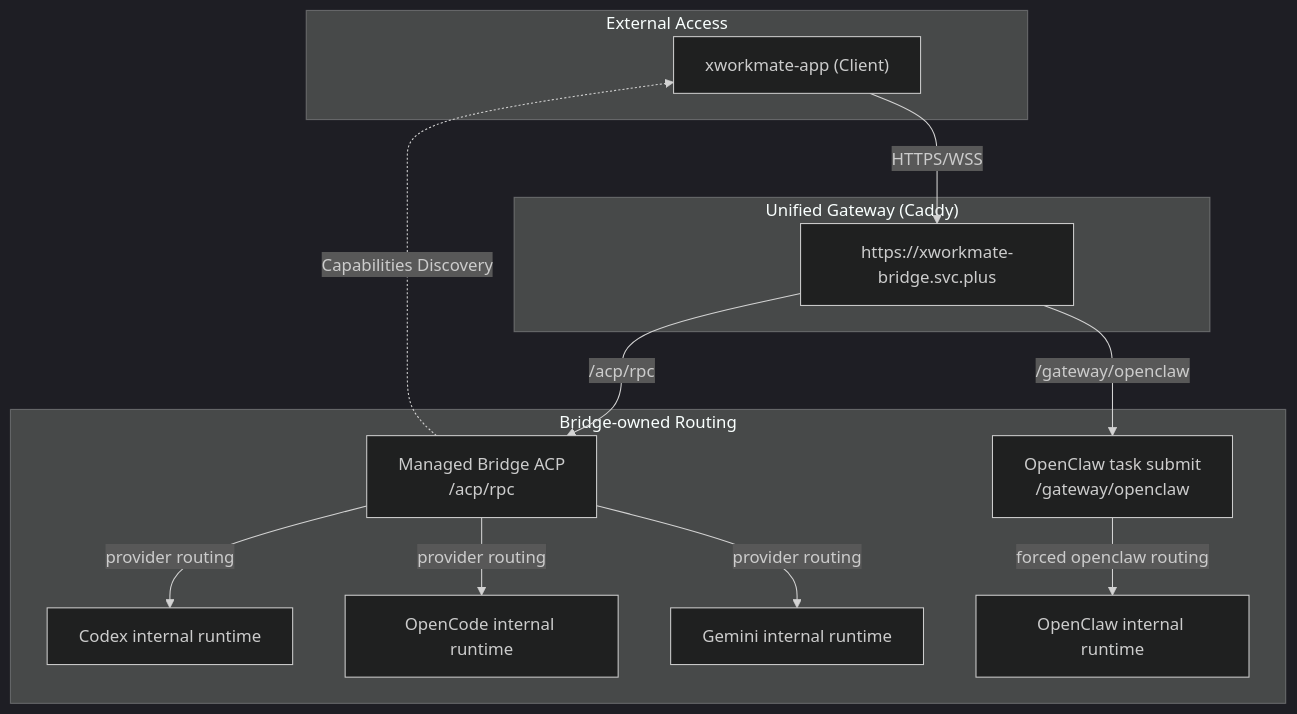
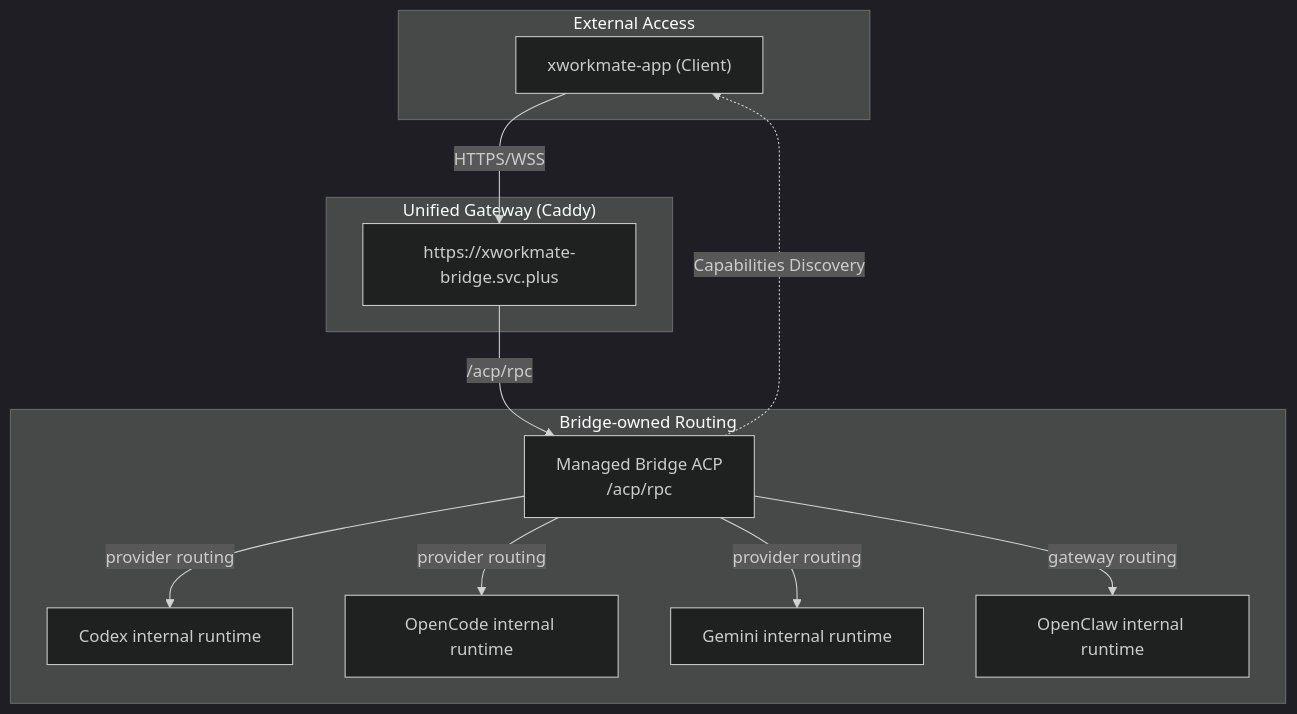
The diagram in docs/architecture/unified-routing-architecture.md (ai-workspace-lab/xworkmate-app), drawn with Mermaid (dark theme) before and after one commit. The commit also changed other lines of this file and 9 other files, not shown here.

Commit message:
Remove OpenClaw direct ACP route

````diff
--- a/docs/architecture/unified-routing-architecture.md
+++ b/docs/architecture/unified-routing-architecture.md
@@ -7,32 +7,30 @@
 ```mermaid
 graph TD
     subgraph "External Access"
         Client["xworkmate-app (Client)"]
     end
 
     subgraph "Unified Gateway (Caddy)"
         Bridge_Domain["https://xworkmate-bridge.svc.plus"]
     end
 
     subgraph "Bridge-owned Routing"
         ManagedBridge["Managed Bridge ACP<br/>/acp/rpc"]
-        OpenClawSubmit["OpenClaw task submit<br/>/gateway/openclaw"]
         CodexProvider["Codex internal runtime"]
         OpenCodeProvider["OpenCode internal runtime"]
         GeminiAdapter["Gemini internal runtime"]
         OpenClawGateway["OpenClaw internal runtime"]
     end
 
     %% Routing Rules
     Client -->|HTTPS/WSS| Bridge_Domain
 
     Bridge_Domain -->|/acp/rpc| ManagedBridge
-    Bridge_Domain -->|/gateway/openclaw| OpenClawSubmit
     ManagedBridge -->|provider routing| CodexProvider
     ManagedBridge -->|provider routing| OpenCodeProvider
     ManagedBridge -->|provider routing| GeminiAdapter
-    OpenClawSubmit -->|forced openclaw routing| OpenClawGateway
+    ManagedBridge -->|gateway routing| OpenClawGateway
 
     %% Service Connections
     ManagedBridge -.->|Capabilities Discovery| Client
 ```
````
